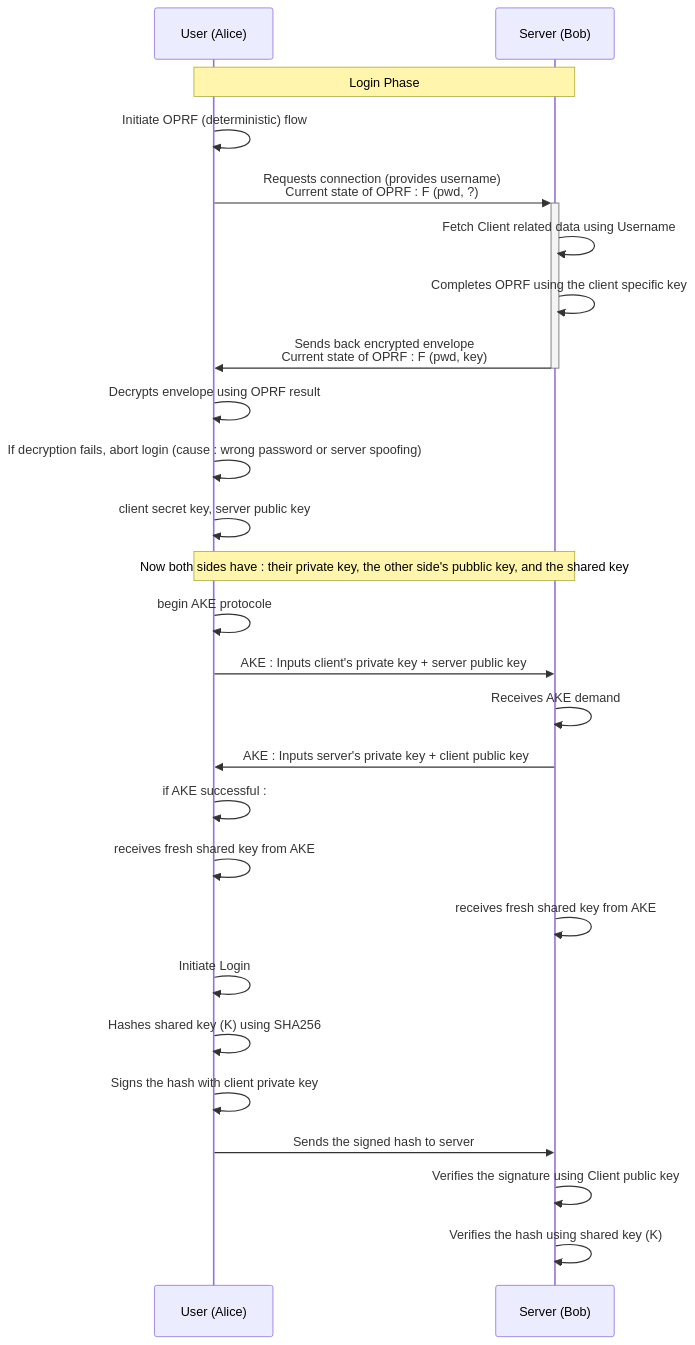
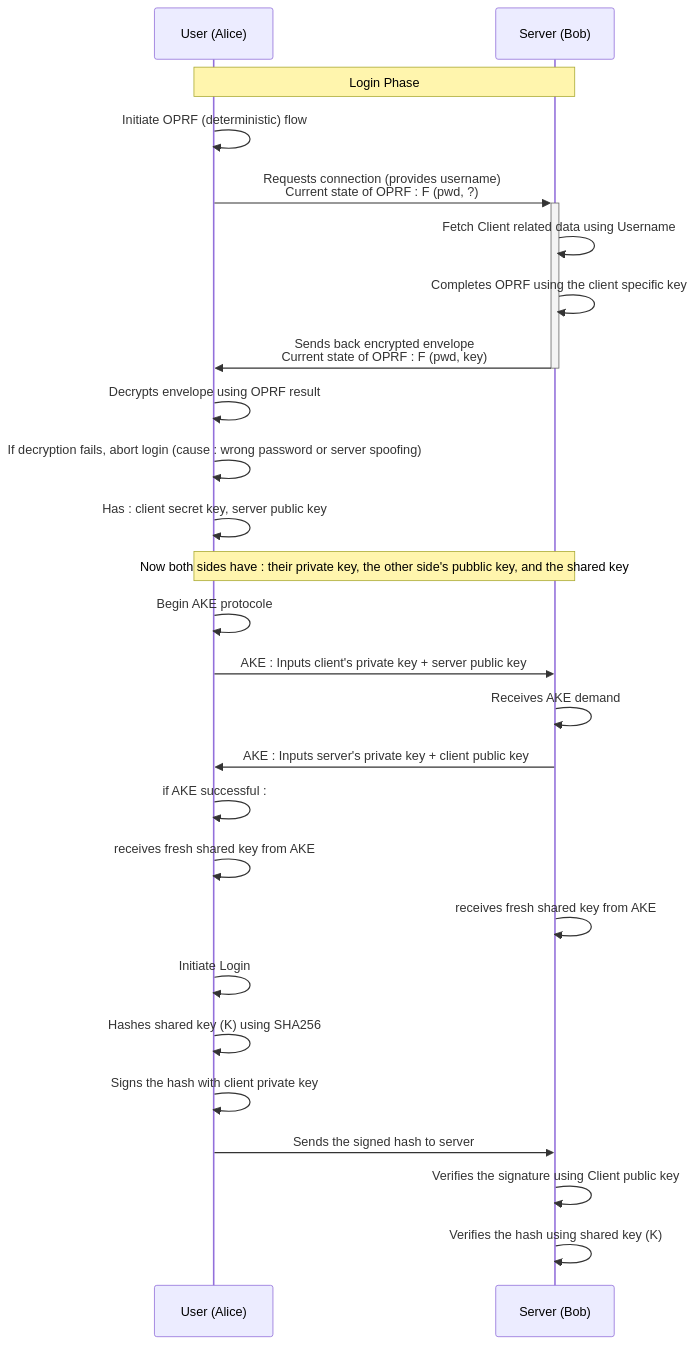
One commit to GuillaumeDorschner/ESILV-Cryptography-S8-2 changed the third of 3 diagrams in README.md. Above: the diagram before and after it, drawn with Mermaid.

````diff
--- a/README.md
+++ b/README.md
@@ -106,30 +106,30 @@
     ```mermaid
     sequenceDiagram
     participant U as User (Alice)
     participant S as Server (Bob)
 
     Note over U,S: Login Phase
         U->>U: Initiate OPRF (deterministic) flow
         U->>+S: Requests connection (provides username) <br> Current state of OPRF : F (pwd, ?)
         S->>S: Fetch Client related data using Username
         S->>S: Completes OPRF using the client specific key
         S->>-U: Sends back encrypted envelope <br> Current state of OPRF : F (pwd, key)
         U->>U: Decrypts envelope using OPRF result
         U->>U: If decryption fails, abort login (cause : wrong password or server spoofing)
-        U->>U: client secret key, server public key
+        U->>U: Has : client secret key, server public key
 
     Note over U,S: Now both sides have : their private key, the other side's pubblic key, and the shared key
-        U->>U: begin AKE protocole
+        U->>U: Begin AKE protocole
         U->>S: AKE : Inputs client's private key + server public key
         S->>S: Receives AKE demand
         S->>U: AKE : Inputs server's private key + client public key
         U->>U: if AKE  successful :
         U->>U: receives fresh shared key from AKE
         S->>S: receives fresh shared key from AKE
         U->>U: Initiate Login
         U->>U: Hashes shared key (K) using SHA256
         U->>U: Signs the hash with client private key
         U->>S: Sends the signed hash to server
         S->>S: Verifies the signature using Client public key
         S->>S: Verifies the hash using shared key (K)
     ```
````
